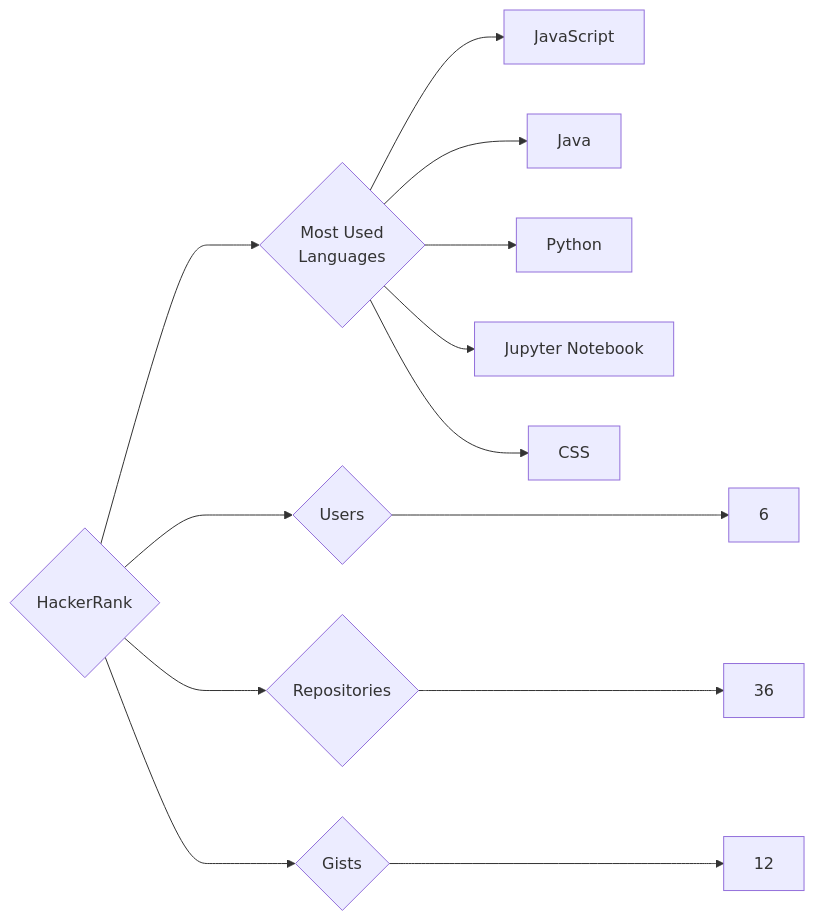
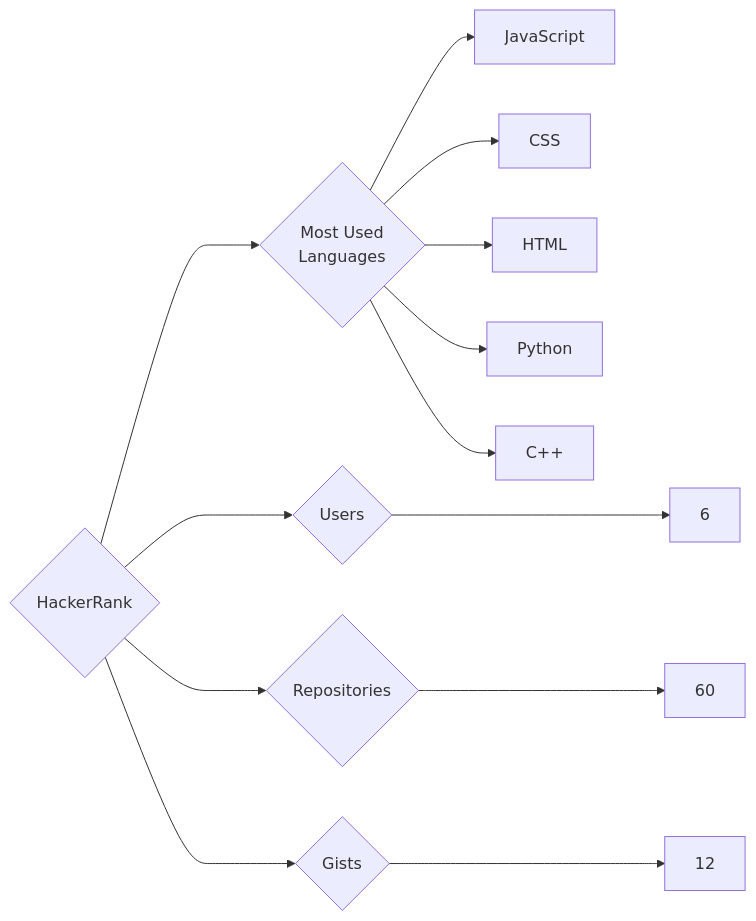
One commit to trickest/insiders changed the diagram in targets/HackerRank/README.md. Above: the diagram before and after it, drawn with Mermaid. The commit also changed 725 other files, not shown here.

````diff
--- a/targets/HackerRank/README.md
+++ b/targets/HackerRank/README.md
@@ -3,13 +3,13 @@
 ```mermaid
 graph LR
 COMPANY_NAME{HackerRank}
 COMPANY_NAME ---> U{Users} ---> UN[6]
-COMPANY_NAME ---> R{Repositories} ---> RN[36]
+COMPANY_NAME ---> R{Repositories} ---> RN[60]
 COMPANY_NAME ---> G{Gists} ---> GN[12]
 COMPANY_NAME ---> ML{Most Used<br>Languages}
 ML --> JavaScript[JavaScript]
-ML --> Java[Java]
+ML --> CSS[CSS]
+ML --> HTML[HTML]
 ML --> Python[Python]
-ML --> Jupyter_Notebook[Jupyter Notebook]
-ML --> CSS[CSS]
+ML --> C++[C++]
 ```
````
